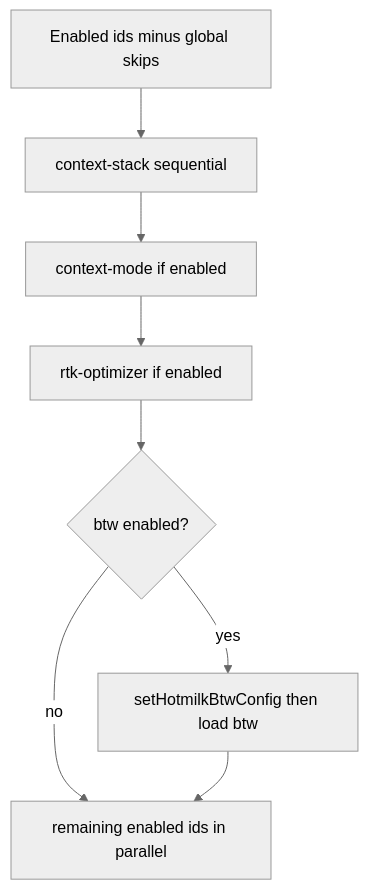
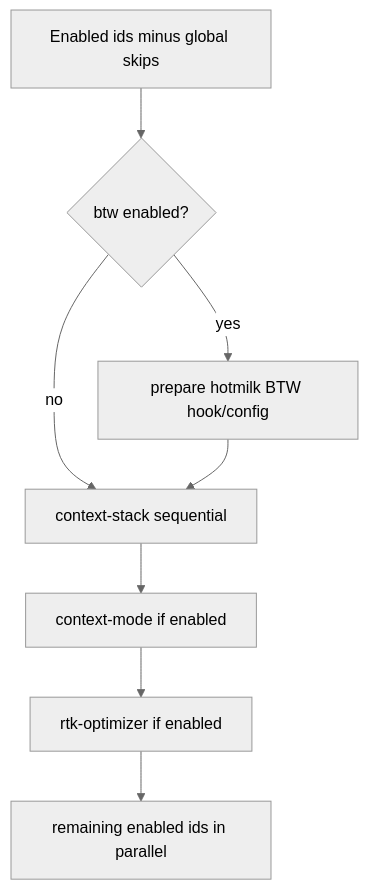
One commit to dayjobdoor/hotmilk changed the second of 3 diagrams in docs/design.md. Above: the diagram before and after it, drawn with Mermaid (neutral theme). The commit also changed other lines of this file and 44 other files, not shown here.

````diff
--- a/docs/design.md
+++ b/docs/design.md
@@ -33,10 +33,10 @@
 ```mermaid
 flowchart TD
-  enabled[Enabled ids minus global skips] --> stack["context-stack sequential"]
+  enabled[Enabled ids minus global skips] --> prep{"btw enabled?"}
+  prep -->|yes| hook["prepare hotmilk BTW hook/config"]
+  prep -->|no| stack
+  hook --> stack["context-stack sequential"]
   stack --> cm["context-mode if enabled"]
   cm --> rtk["rtk-optimizer if enabled"]
-  rtk --> btw{"btw enabled?"}
-  btw -->|yes| btwLoad["setHotmilkBtwConfig then load btw"]
-  btw -->|no| parallel
-  btwLoad --> parallel["remaining enabled ids in parallel"]
+  rtk --> parallel["remaining enabled ids in parallel"]
 ```
````
